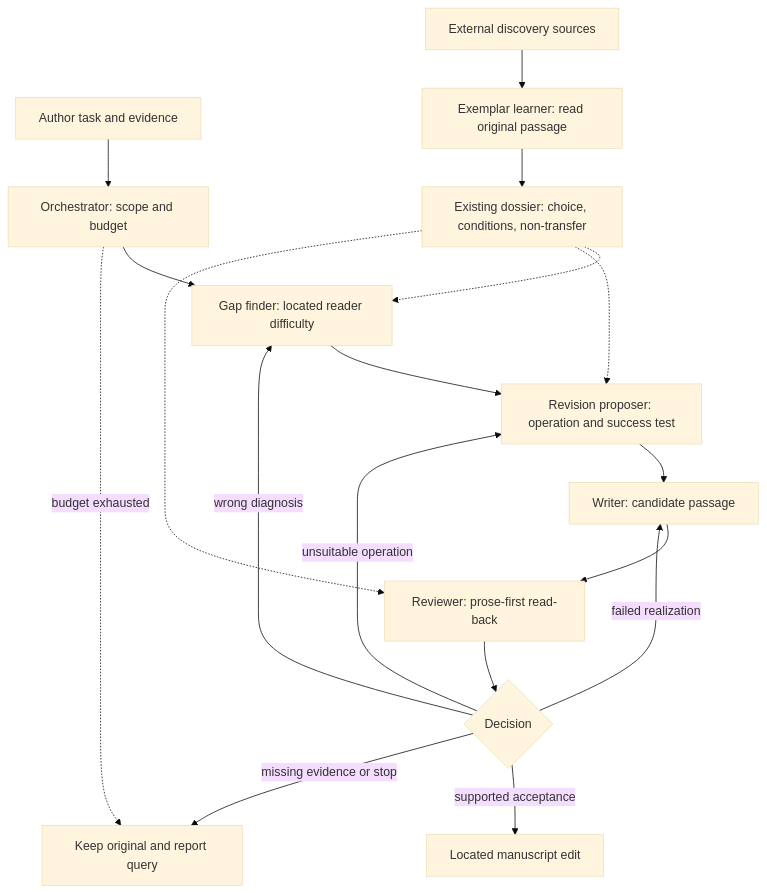
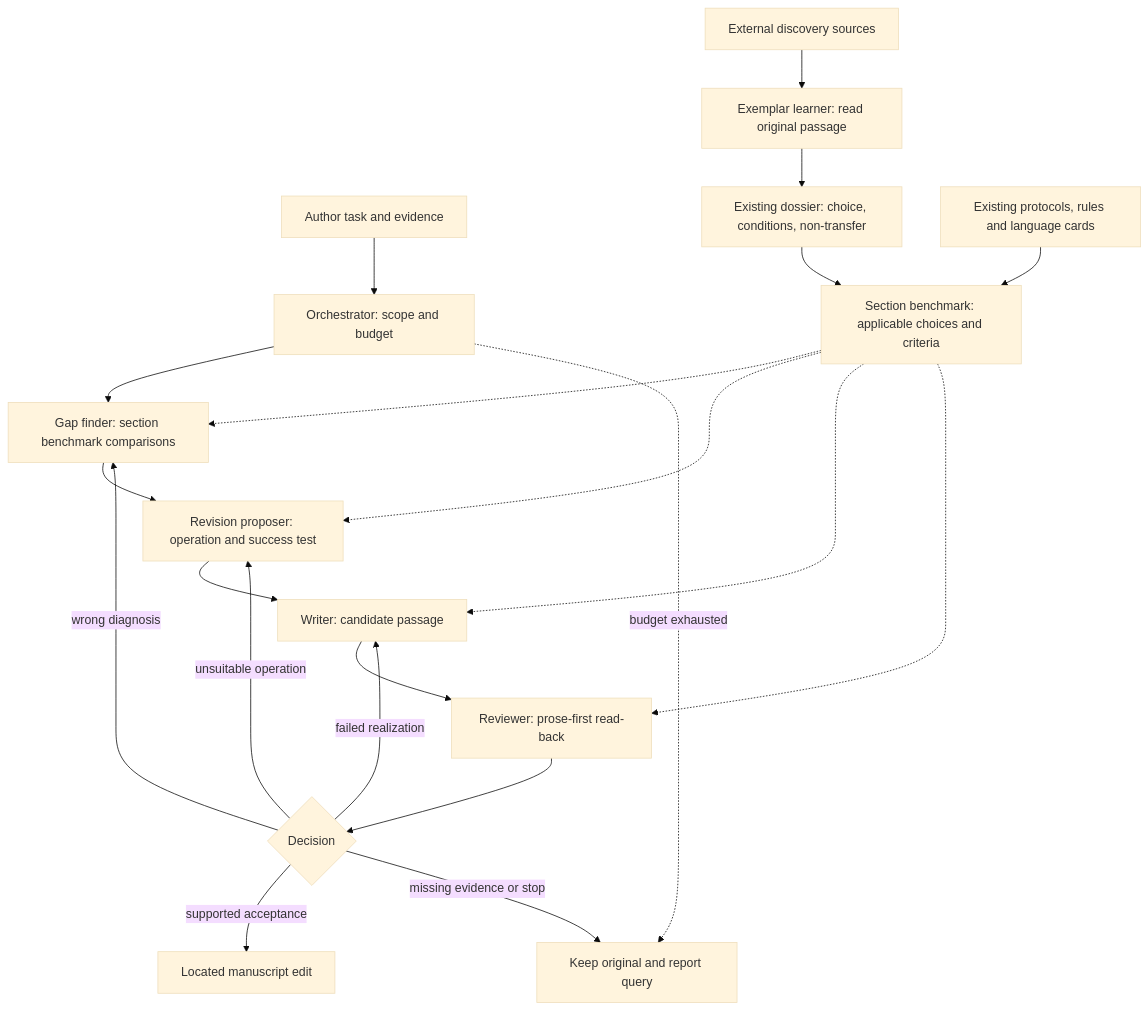
One commit to asimfish/super_writer changed the second of 2 diagrams in docs/system-organization.md. Above: the diagram before and after it, drawn with Mermaid (base theme). The commit also changed other lines of this file and 26 other files, not shown here.

First line of the commit message:
[writing/feat]: benchmark sections against exemplar choices and norms

````diff
--- a/docs/system-organization.md
+++ b/docs/system-organization.md
@@ -65,20 +65,23 @@
 ```mermaid
 flowchart TB
     A[Author task and evidence] --> O[Orchestrator: scope and budget]
-    O --> G[Gap finder: located reader difficulty]
+    O --> G[Gap finder: section benchmark comparisons]
     G --> P[Revision proposer: operation and success test]
     P --> W[Writer: candidate passage]
     W --> R[Reviewer: prose-first read-back]
     R --> D{Decision}
     D -->|wrong diagnosis| G
     D -->|unsuitable operation| P
     D -->|failed realization| W
     D -->|supported acceptance| F[Located manuscript edit]
     D -->|missing evidence or stop| K[Keep original and report query]
     O -.->|budget exhausted| K
     V[External discovery sources] --> L[Exemplar learner: read original passage]
     L --> C[Existing dossier: choice, conditions, non-transfer]
-    C -.-> G
-    C -.-> P
-    C -.-> R
+    C --> B[Section benchmark: applicable choices and criteria]
+    N[Existing protocols, rules and language cards] --> B
+    B -.-> G
+    B -.-> P
+    B -.-> W
+    B -.-> R
 ```
````
